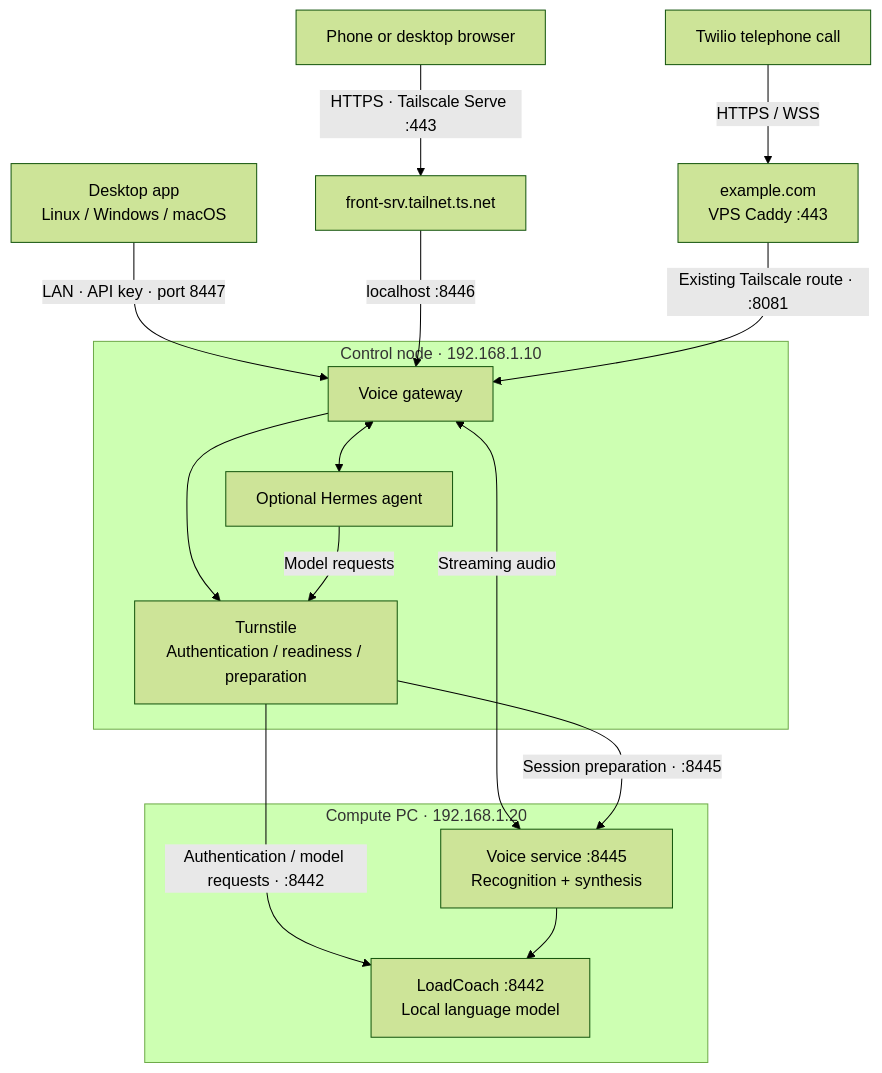
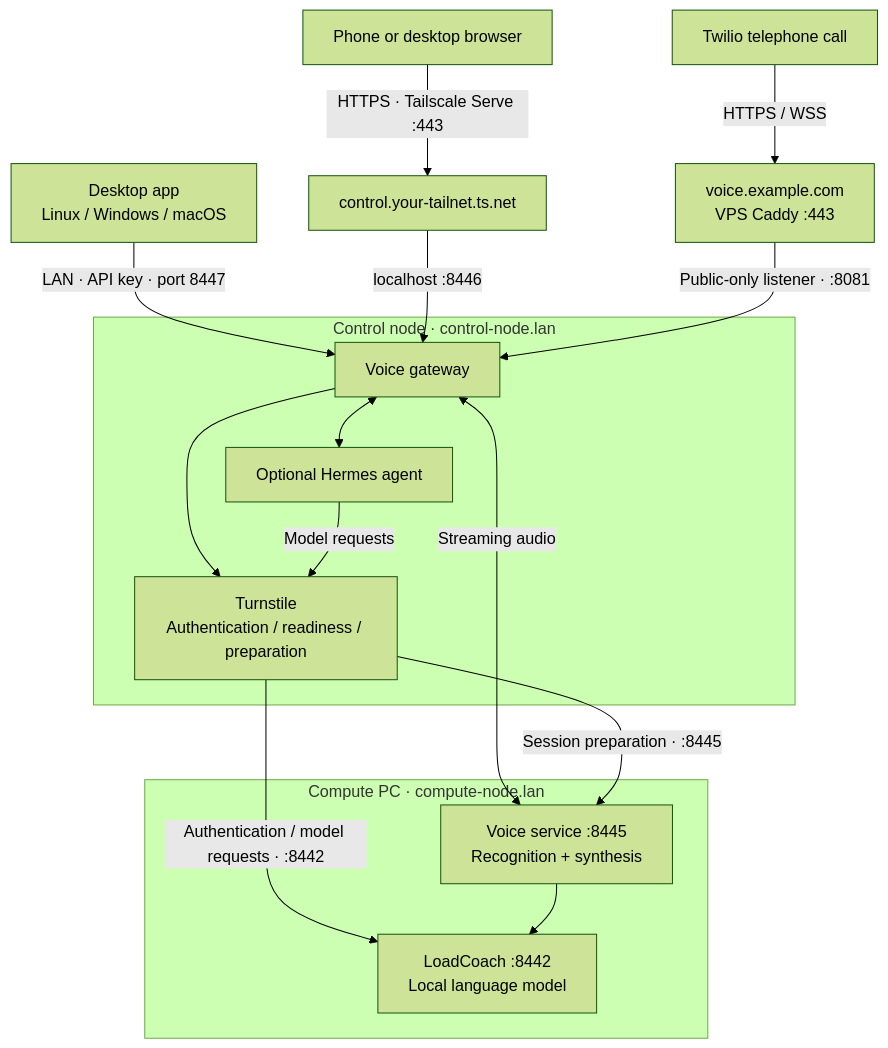
The first of 2 diagrams in voice/README.md (JPKell/openWeightGym), drawn with Mermaid (forest theme) before and after one commit. The commit also changed other lines of this file and 21 other files, not shown here.

````diff
--- a/voice/README.md
+++ b/voice/README.md
@@ -13,31 +14,31 @@
 ```mermaid
 flowchart TD
     Desktop["Desktop app<br/>Linux / Windows / macOS"]
     Browser["Phone or desktop browser"]
     Twilio["Twilio telephone call"]
 
     Desktop -->|"LAN · API key · port 8447"| Gateway
-    Browser -->|"HTTPS · Tailscale Serve :443"| Serve["front-srv.tailnet.ts.net"]
+    Browser -->|"HTTPS · Tailscale Serve :443"| Serve["control.your-tailnet.ts.net"]
     Serve -->|"localhost :8446"| Gateway
-    Twilio -->|"HTTPS / WSS"| VPS["example.com<br/>VPS Caddy :443"]
-    VPS -->|"Existing Tailscale route · :8081"| Gateway
+    Twilio -->|"HTTPS / WSS"| VPS["voice.example.com<br/>VPS Caddy :443"]
+    VPS -->|"Public-only listener · :8081"| Gateway
 
-    subgraph Control node["Control node · 192.168.1.10"]
+    subgraph ControlNode["Control node · control-node.lan"]
         Gateway["Voice gateway"]
         Turnstile["Turnstile<br/>Authentication / readiness / preparation"]
         Hermes["Optional Hermes agent"]
         Gateway --> Turnstile
         Gateway <--> Hermes
     end
 
-    subgraph Compute["Compute PC · 192.168.1.20"]
+    subgraph Compute["Compute PC · compute-node.lan"]
         Voice["Voice service :8445<br/>Recognition + synthesis"]
         Model["LoadCoach :8442<br/>Local language model"]
     end
 
     Gateway <-->|"Streaming audio"| Voice
     Turnstile -->|"Session preparation · :8445"| Voice
     Turnstile -->|"Authentication / model requests · :8442"| Model
     Voice --> Model
     Hermes -->|"Model requests"| Turnstile
 ```
````
